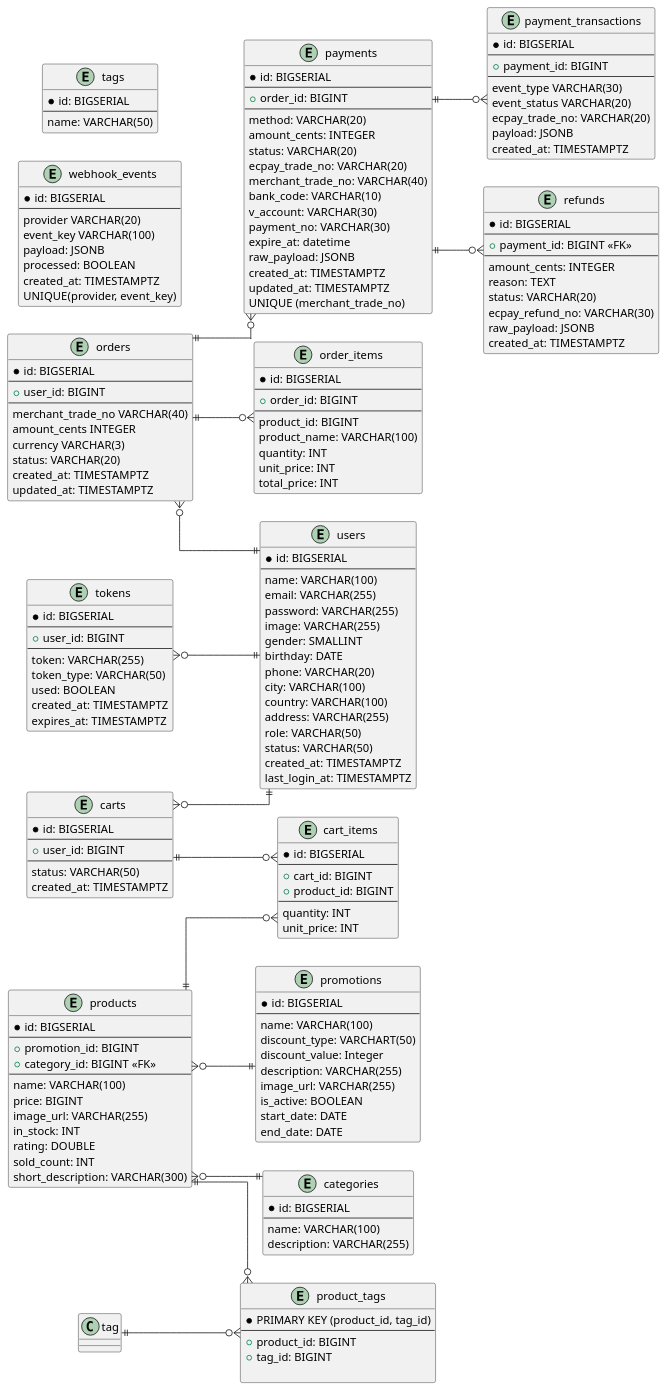
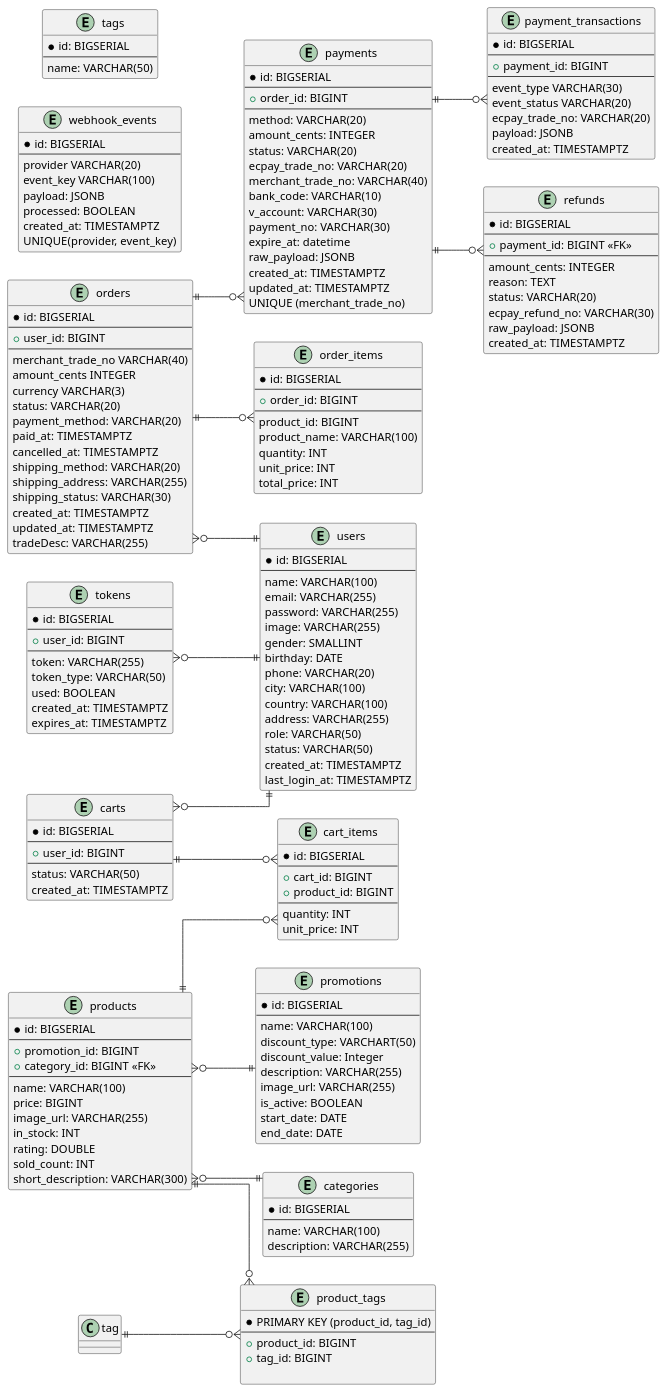
One commit to honeykokia/ecommerce-docs changed the diagram in docs/er-diagram.puml. Above: the diagram before and after it, drawn with PlantUML.

Commit message:
docs: er-diagram add columns to orders entity - payment_method 付款方式 - paid_at 付款時間 - cancelled_at 取消時間 - shipping_method 運送方式 - shipping_address 運送地址 - shipping_status 運送狀態 - tradeDesc 交易描述

```diff
--- a/docs/er-diagram.puml
+++ b/docs/er-diagram.puml
@@ -111,10 +111,22 @@
     'NOT NULL, DEFAULT 'TWD'
     status: VARCHAR(20)
     'PENDING, PAID, CANCELED, EXPIRED, REFUNDING / NOT NULL
+    payment_method: VARCHAR(20)
+    'CREDIT / NOT NULL
+    paid_at: TIMESTAMPTZ
+    cancelled_at: TIMESTAMPTZ
+    shipping_method: VARCHAR(20)
+    'NOT NULL
+    shipping_address: VARCHAR(255)
+    'NOT NULL
+    shipping_status: VARCHAR(30)
+    'NOT NULL
     created_at: TIMESTAMPTZ
     'NOT NULL, DEFAULT now()
     updated_at: TIMESTAMPTZ
     'NOT NULL, DEFAULT now()
+    tradeDesc: VARCHAR(255)
+    '訂單描述
 }
 
 entity "payments" as payments {
```
